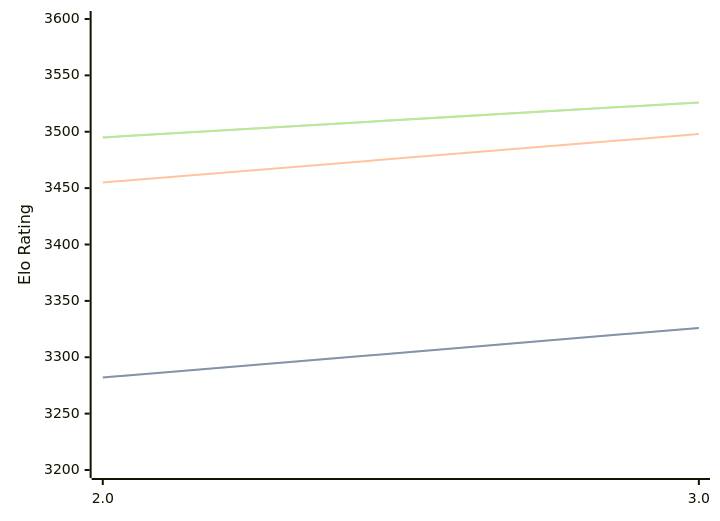
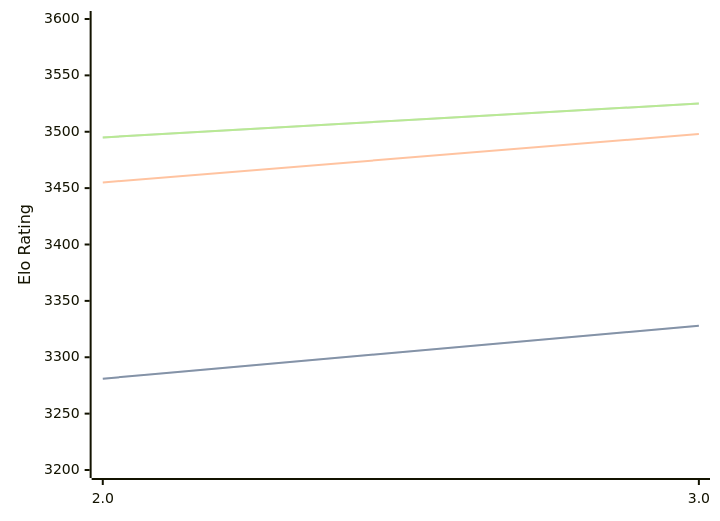
One commit to computer-chess-index/cci changed the diagram in engines/Quanticade.md. Above: the diagram before and after it, drawn with Mermaid. The commit also changed other lines of this file, not shown here.

Commit message:
Update CCI Ratings (ELO VLTC) - 2026-06-12

````diff
--- a/engines/Quanticade.md
+++ b/engines/Quanticade.md
@@ -41,11 +41,11 @@
 ```mermaid
 %%{init: {"theme":"base","themeVariables":{"seriesColors:['#a3a3a3','#222221','#faa371']}}}%%
 xychart-beta
   x-axis ["2.0", "3.0"]
   y-axis "Elo Rating" 3200 --> 3600
-  line "STC (8.0+0.08s)" [3282, 3326]
-  line "STC (8.0+0.08s)" [3282, 3326]
+  line "STC (8.0+0.08s)" [3281, 3328]
+  line "STC (8.0+0.08s)" [3281, 3328]
   line "LTC (60.0+0.60s)" [3455, 3498]
-  line "VLTC (2m24s+1.12s)" [3495, 3526]
-  line "VLTC (2m24s+1.12s)" [3495, 3526]
+  line "VLTC (2m24s+1.12s)" [3495, 3525]
+  line "VLTC (2m24s+1.12s)" [3495, 3525]
 ```
````
